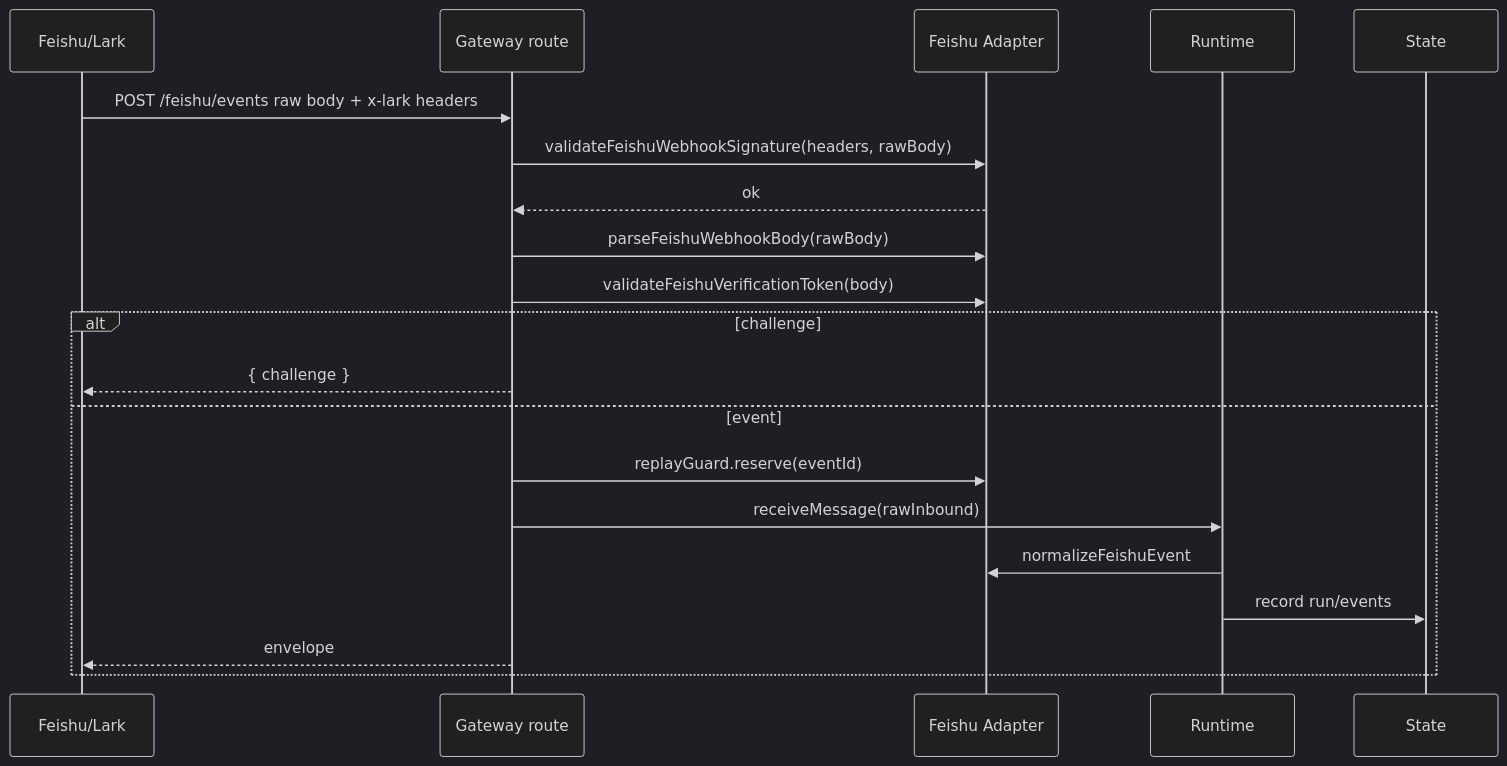
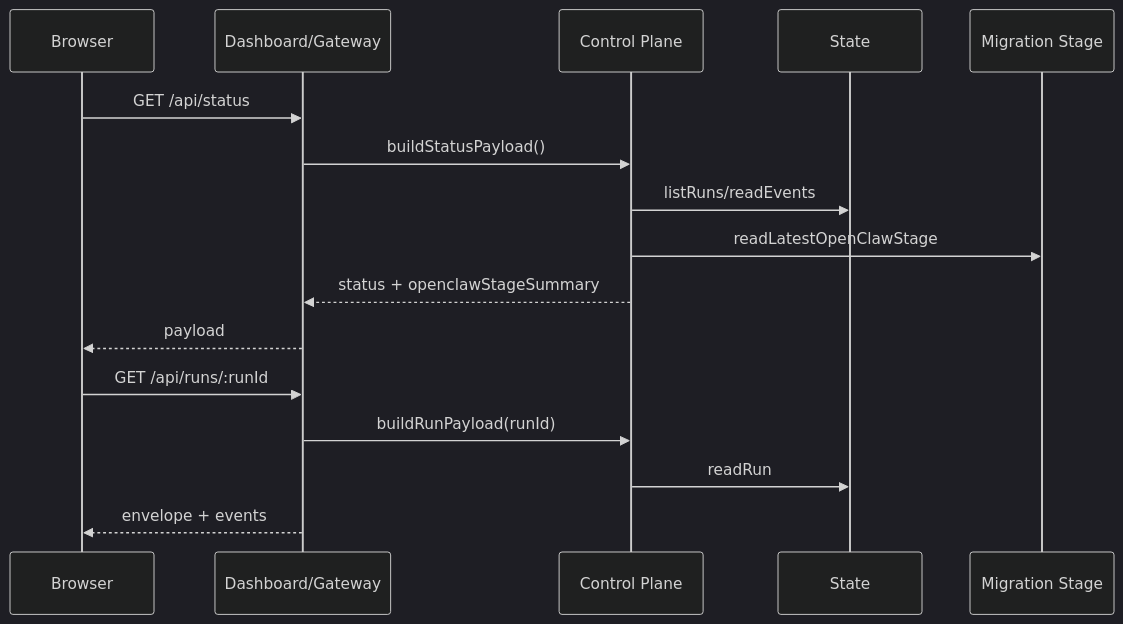
One commit to mayf3/myclaw changed the fourth of 8 diagrams in docs/implementation-architecture.md. Above: the diagram before and after it, drawn with Mermaid (dark theme). The commit also changed other lines of this file and 30 other files, not shown here.

Commit message:
feat: support feishu encrypted challenge

````diff
--- a/docs/implementation-architecture.md
+++ b/docs/implementation-architecture.md
@@ -140,23 +132,19 @@
 ```mermaid
 sequenceDiagram
-  participant F as Feishu/Lark
-  participant G as Gateway route
-  participant A as Feishu Adapter
-  participant R as Runtime
+  participant B as Browser
+  participant D as Dashboard/Gateway
+  participant C as Control Plane
   participant S as State
+  participant M as Migration Stage
 
-  F->>G: POST /feishu/events raw body + x-lark headers
-  G->>A: validateFeishuWebhookSignature(headers, rawBody)
-  A-->>G: ok
-  G->>A: parseFeishuWebhookBody(rawBody)
-  G->>A: validateFeishuVerificationToken(body)
-  alt challenge
-    G-->>F: { challenge }
-  else event
-    G->>A: replayGuard.reserve(eventId)
-    G->>R: receiveMessage(rawInbound)
-    R->>A: normalizeFeishuEvent
-    R->>S: record run/events
-    G-->>F: envelope
-  end
+  B->>D: GET /api/status
+  D->>C: buildStatusPayload()
+  C->>S: listRuns/readEvents
+  C->>M: readLatestOpenClawStage
+  C-->>D: status + openclawStageSummary
+  D-->>B: payload
+  B->>D: GET /api/runs/:runId
+  D->>C: buildRunPayload(runId)
+  C->>S: readRun
+  D-->>B: envelope + events
 ```
````
